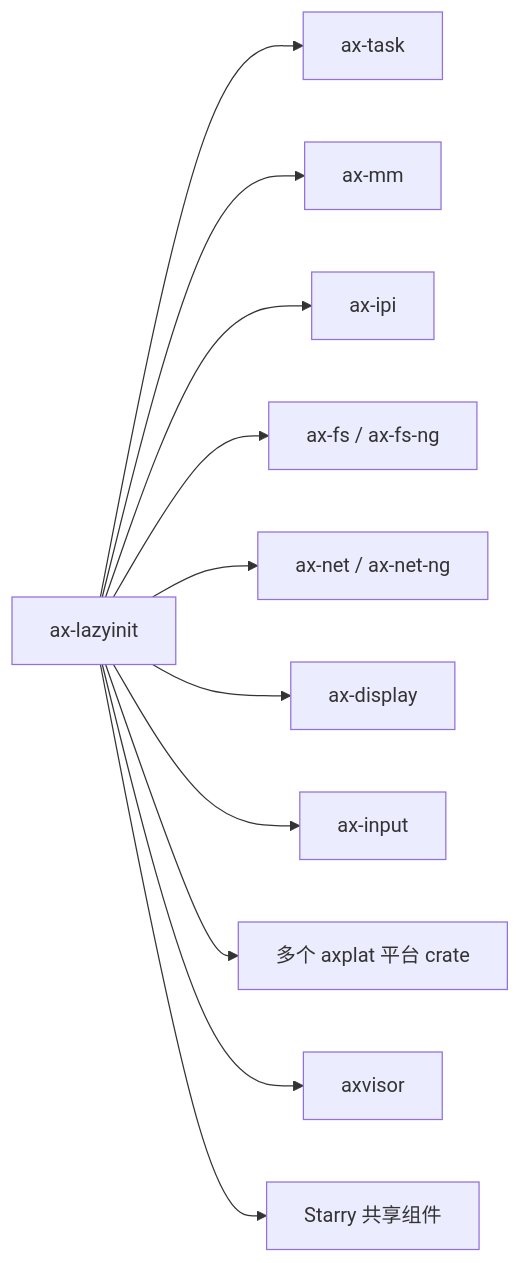
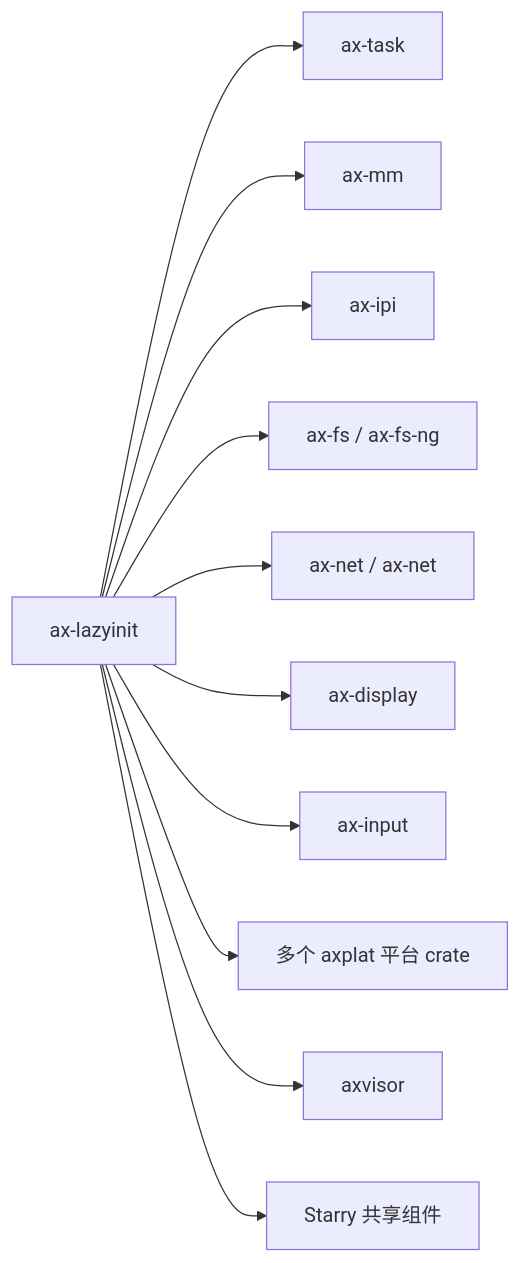
The second of 2 diagrams in docs/docs/components/crates/ax-lazyinit.md (rcore-os/tgoskits), drawn with Mermaid before and after one commit. The commit also changed 76 other files, not shown here.

````diff
--- a/docs/docs/components/crates/ax-lazyinit.md
+++ b/docs/docs/components/crates/ax-lazyinit.md
@@ -72,13 +72,13 @@
 ```mermaid
 graph LR
     ax_lazyinit["ax-lazyinit"] --> ax-task["ax-task"]
     ax_lazyinit --> ax-mm["ax-mm"]
     ax_lazyinit --> ax-ipi["ax-ipi"]
     ax_lazyinit --> ax-fs["ax-fs / ax-fs-ng"]
-    ax_lazyinit --> ax-net["ax-net / ax-net-ng"]
+    ax_lazyinit --> ax-net["ax-net / ax-net"]
     ax_lazyinit --> ax-display["ax-display"]
     ax_lazyinit --> ax-input["ax-input"]
     ax_lazyinit --> axplat["多个 axplat 平台 crate"]
     ax_lazyinit --> axvisor["axvisor"]
     ax_lazyinit --> starry["Starry 共享组件"]
 ```
````
